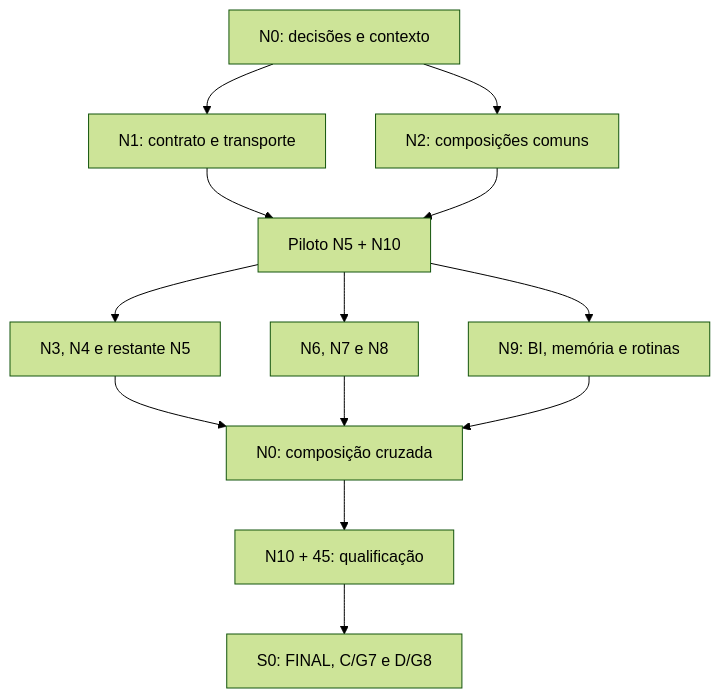
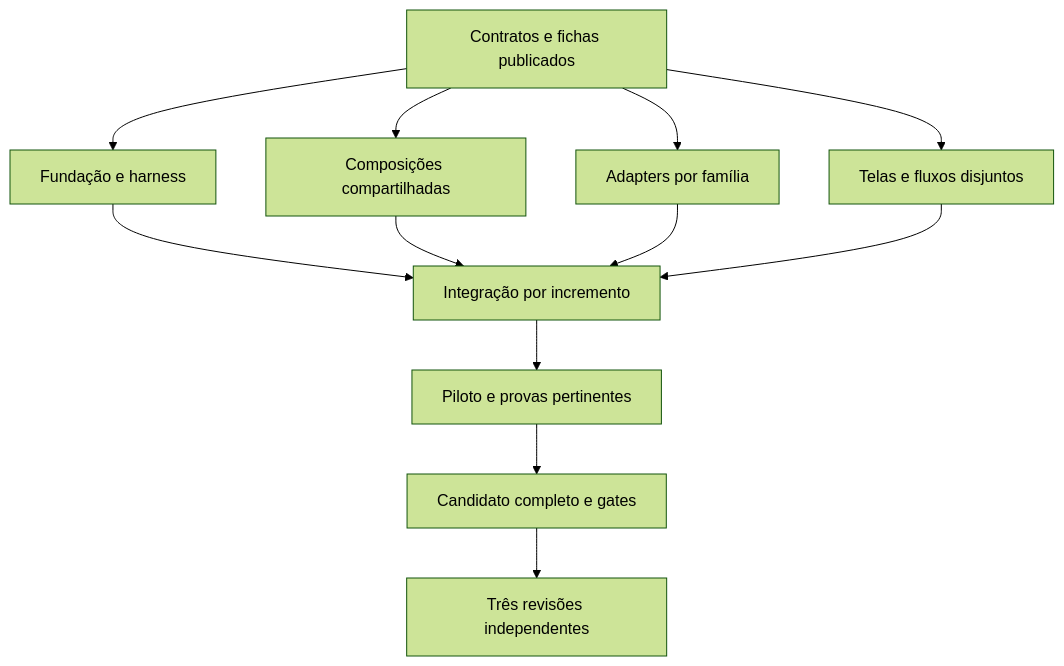
The diagram in modules/sucafina/Sucafinav1/docs/sf2h/native-ui/DELIVERY-PLAN.md (gustavomhss/Orchestra-SF), drawn with Mermaid (forest theme) before and after one commit. The commit also changed other lines of this file and 114 other files, not shown here.

````diff
--- a/modules/sucafina/Sucafinav1/docs/sf2h/native-ui/DELIVERY-PLAN.md
+++ b/modules/sucafina/Sucafinav1/docs/sf2h/native-ui/DELIVERY-PLAN.md
@@ -47,15 +32,14 @@
 ```mermaid
 flowchart TD
-  A["N0: decisões e contexto"] --> B["N1: contrato e transporte"]
-  A --> C["N2: composições comuns"]
-  B --> D["Piloto N5 + N10"]
-  C --> D
-  D --> E["N3, N4 e restante N5"]
-  D --> F["N6, N7 e N8"]
-  D --> G["N9: BI, memória e rotinas"]
-  E --> H["N0: composição cruzada"]
-  F --> H
-  G --> H
-  H --> I["N10 + 45: qualificação"]
-  I --> J["S0: FINAL, C/G7 e D/G8"]
+  P["Contratos e fichas publicados"] --> F["Fundação e harness"]
+  P --> S["Composições compartilhadas"]
+  P --> A["Adapters por família"]
+  P --> U["Telas e fluxos disjuntos"]
+  F --> I["Integração por incremento"]
+  S --> I
+  A --> I
+  U --> I
+  I --> V["Piloto e provas pertinentes"]
+  V --> C["Candidato completo e gates"]
+  C --> R["Três revisões independentes"]
 ```
````
